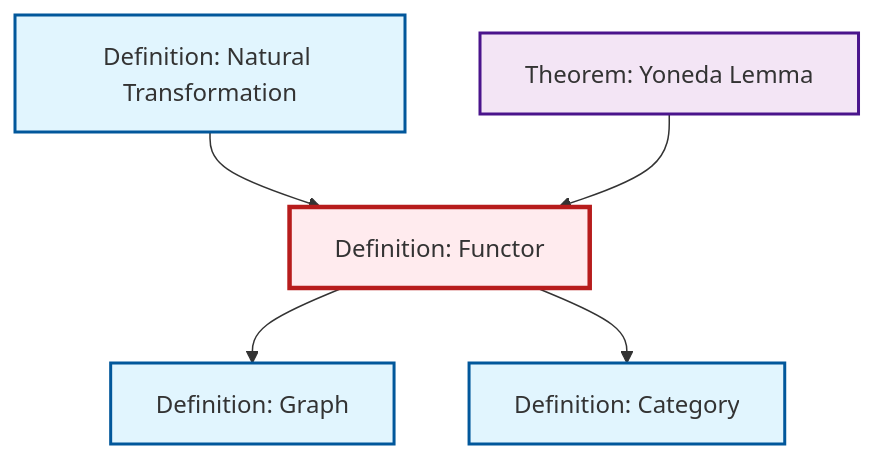
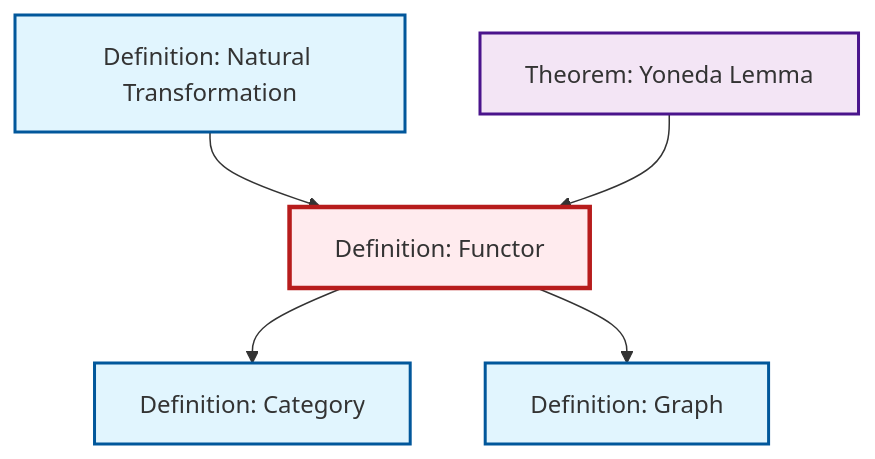
One commit to RK0429/ModernMath changed the diagram in content/ja/category-theory/def-functor.qmd. Above: the diagram before and after it, drawn with Mermaid. The commit also changed other lines of this file and 491 other files, not shown here.

````diff
--- a/content/ja/category-theory/def-functor.qmd
+++ b/content/ja/category-theory/def-functor.qmd
@@ -50,23 +50,23 @@
 ```{mermaid}
 %%| fig-cap: "Local dependency graph"
 graph TD
     classDef definition fill:#e1f5fe,stroke:#01579b,stroke-width:2px
     classDef theorem fill:#f3e5f5,stroke:#4a148c,stroke-width:2px
     classDef axiom fill:#fff3e0,stroke:#e65100,stroke-width:2px
     classDef example fill:#e8f5e9,stroke:#1b5e20,stroke-width:2px
     classDef current fill:#ffebee,stroke:#b71c1c,stroke-width:3px
+    def-functor["Definition: Functor"]:::definition
+    thm-yoneda["Theorem: Yoneda Lemma"]:::theorem
     def-natural-transformation["Definition: Natural Transformation"]:::definition
     def-category["Definition: Category"]:::definition
-    def-functor["Definition: Functor"]:::definition
-    thm-yoneda["Theorem: Yoneda Lemma"]:::theorem
     def-graph["Definition: Graph"]:::definition
+    def-functor --> def-category
     def-natural-transformation --> def-functor
+    def-functor --> def-graph
     thm-yoneda --> def-functor
-    def-functor --> def-graph
-    def-functor --> def-category
     class def-functor current
+    click thm-yoneda "thm-yoneda.html" "Theorem: Yoneda Lemmaへ"
     click def-natural-transformation "def-natural-transformation.html" "Definition: Natural Transformationへ"
     click def-category "def-category.html" "Definition: Categoryへ"
-    click thm-yoneda "thm-yoneda.html" "Theorem: Yoneda Lemmaへ"
     click def-graph "def-graph.html" "Definition: Graphへ"
 ```
````
